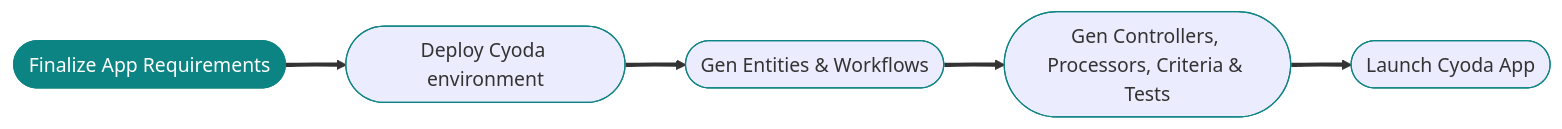
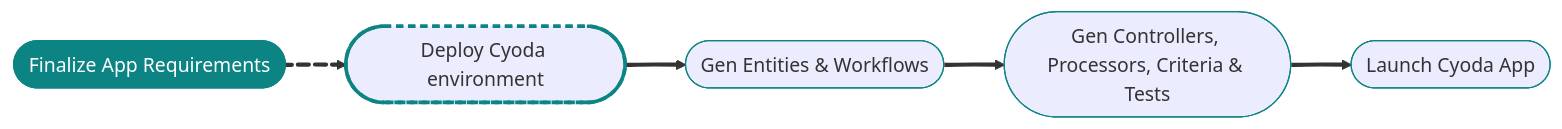
One commit to Cyoda-platform/ai-assistant changed the diagram in workflow_configs/messages/ask_about_api_063f/message.md. Above: the diagram before and after it, drawn with Mermaid. The commit also changed 7 other files, not shown here.

````diff
--- a/workflow_configs/messages/ask_about_api_063f/message.md
+++ b/workflow_configs/messages/ask_about_api_063f/message.md
@@ -4,11 +4,15 @@
 ```mermaid
 graph LR
     A([Finalize App Requirements]):::done e1@
-    ==> B([Deploy Cyoda environment]):::bar
+    ==> B([Deploy Cyoda environment]):::next
     B e2@ ==> C([Gen Entities & Workflows]):::bar
     C e3@ ==> D([Gen Controllers, Processors, Criteria & Tests]):::bar
     D e4@ ==> E([Launch Cyoda App]):::bar
 
+    %% animate the transition to the next step
+    e1@{ animate: true }
+
     classDef bar stroke:#0D8484
     classDef done fill:#0D8484,stroke:#0D8484,color:#fff
+    classDef next stroke:#0D8484,stroke-width:3px,stroke-dasharray:6 4
 ```
````
